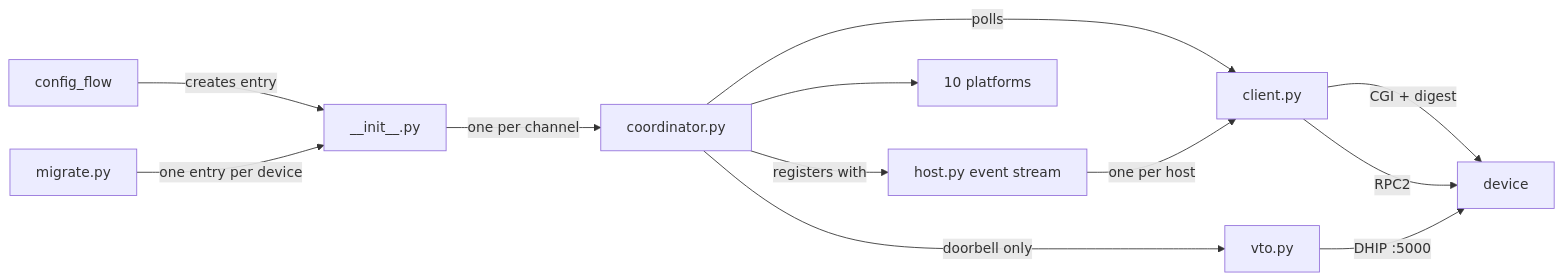
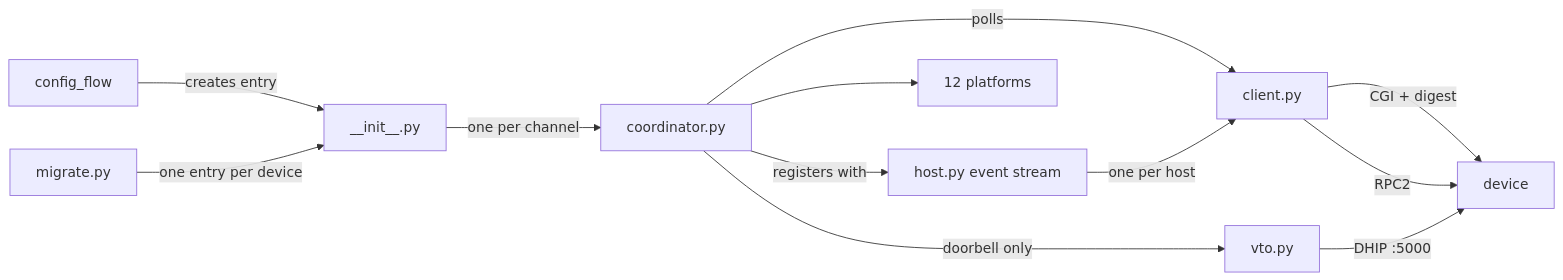
One commit to rroller/dahua changed the diagram in AGENTS.md. Above: the diagram before and after it, drawn with Mermaid. The commit also changed other lines of this file, not shown here.

````diff
--- a/AGENTS.md
+++ b/AGENTS.md
@@ -92,14 +95,14 @@
 ```mermaid
 graph LR
     CF[config_flow] -->|creates entry| INIT[__init__.py]
     MIG[migrate.py] -->|one entry per device| INIT
     INIT -->|one per channel| COORD[coordinator.py]
     COORD -->|polls| CLIENT[client.py]
     COORD -->|registers with| STREAM[host.py event stream]
     COORD -->|doorbell only| VTO[vto.py]
     STREAM -->|one per host| CLIENT
-    COORD --> ENT[10 platforms]
+    COORD --> ENT[12 platforms]
     CLIENT -->|CGI + digest| DEV[device]
     CLIENT -->|RPC2| DEV
     VTO -->|DHIP :5000| DEV
 ```
````
